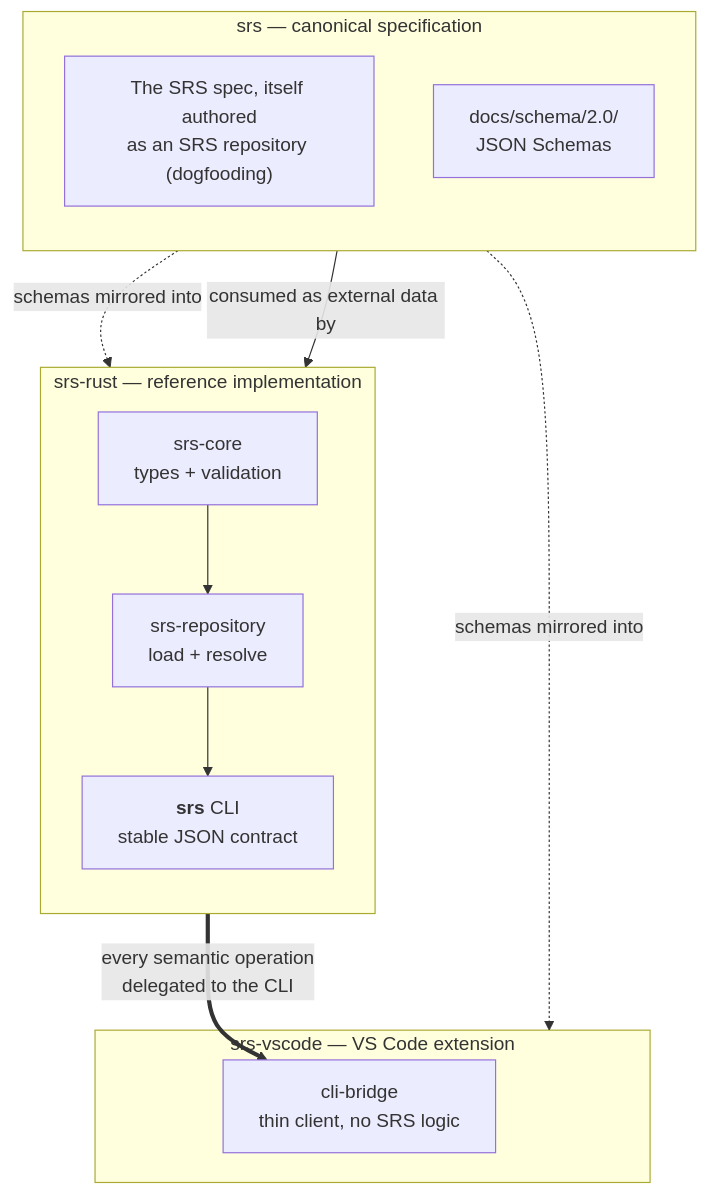
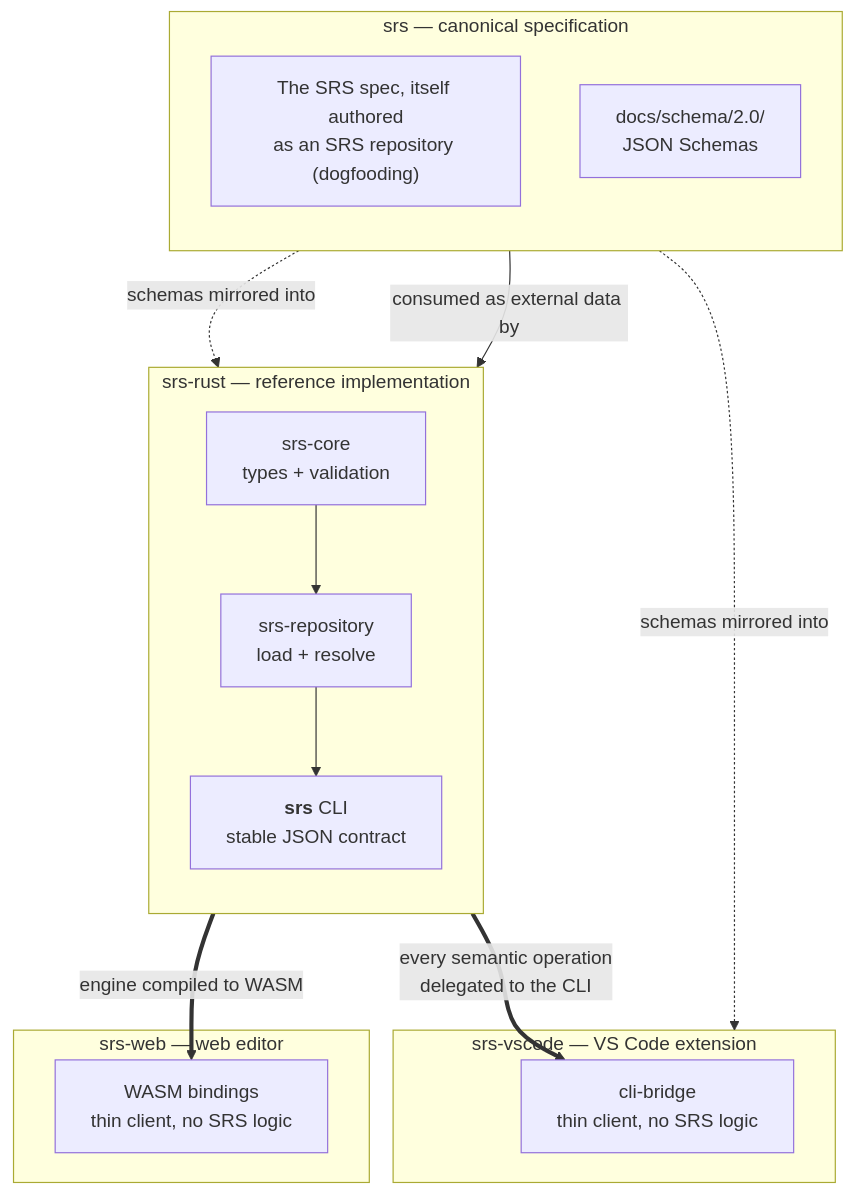
The third of 3 diagrams in docs/overview/README.md (the-greenman/srs), drawn with Mermaid before and after one commit. The commit also changed other lines of this file and 2 other files, not shown here.

First line of the commit message:
docs(overview): fix stale graduatedAt and repository-count claims (srs#929)

````diff
--- a/docs/overview/README.md
+++ b/docs/overview/README.md
@@ -78,25 +78,31 @@
 ```mermaid
 flowchart TD
     subgraph spec["srs — canonical specification"]
         direction TB
         SP["The SRS spec, itself authored<br/>as an SRS repository (dogfooding)"]
         SCH["docs/schema/2.0/<br/>JSON Schemas"]
     end
 
     subgraph rust["srs-rust — reference implementation"]
         direction TB
         CORE["srs-core<br/>types + validation"]
         REPO["srs-repository<br/>load + resolve"]
         CLI["<b>srs</b> CLI<br/>stable JSON contract"]
         CORE --> REPO --> CLI
     end
 
     subgraph code["srs-vscode — VS Code extension"]
         BR["cli-bridge<br/>thin client, no SRS logic"]
     end
 
     SCH -. "schemas mirrored into" .-> rust
     SCH -. "schemas mirrored into" .-> code
+
+    subgraph web["srs-web — web editor"]
+        WB["WASM bindings<br/>thin client, no SRS logic"]
+    end
+
+    rust == "engine compiled to WASM" ==> WB
     spec -- "consumed as external data by" --> rust
     CLI == "every semantic operation<br/>delegated to the CLI" ==> BR
 ```
````
